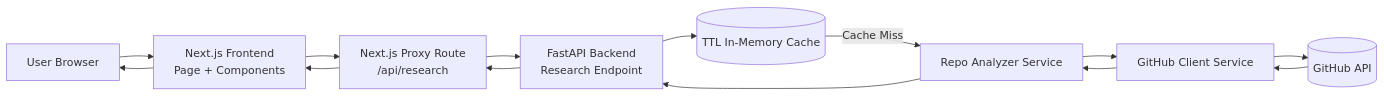
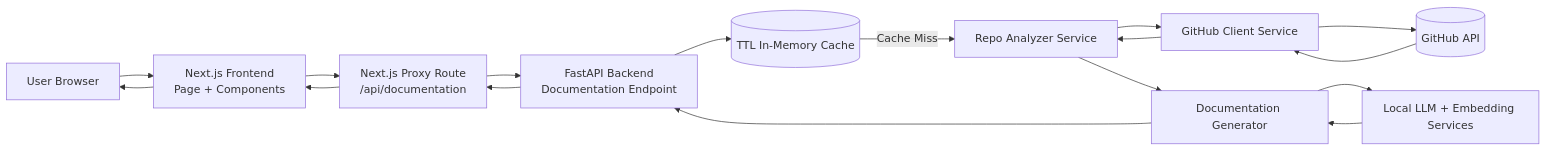
The diagram in docs/PROJECT_DOCUMENTATION.md (phitrann/LazyDoc), drawn with Mermaid before and after one commit. The commit also changed other lines of this file and 2 other files, not shown here.

````diff
--- a/docs/PROJECT_DOCUMENTATION.md
+++ b/docs/PROJECT_DOCUMENTATION.md
@@ -55,25 +61,30 @@
 ```mermaid
 flowchart LR
     U[User Browser]
     FE[Next.js Frontend<br>Page + Components]
-    PR[Next.js Proxy Route<br>/api/research]
-    BE[FastAPI Backend<br>Research Endpoint]
+  PR[Next.js Proxy Route<br>/api/documentation]
+  BE[FastAPI Backend<br>Documentation Endpoint]
     AN[Repo Analyzer Service]
+  DG[Documentation Generator]
+  LM[Local LLM + Embedding Services]
     GC[GitHub Client Service]
     CA[(TTL In-Memory Cache)]
     GH[(GitHub API)]
 
     U --> FE
     FE --> PR
     PR --> BE
     BE --> CA
     CA -- Cache Miss --> AN
     AN --> GC
     GC --> GH
     GH --> GC
     GC --> AN
-    AN --> BE
+    AN --> DG
+    DG --> LM
+    LM --> DG
+    DG --> BE
     BE --> PR
     PR --> FE
     FE --> U
 ```
````
